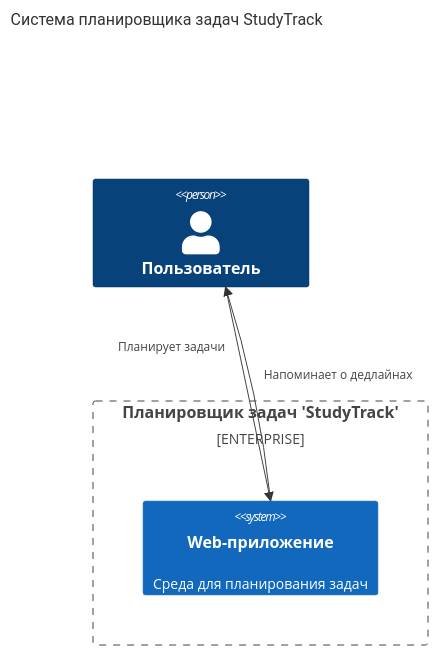
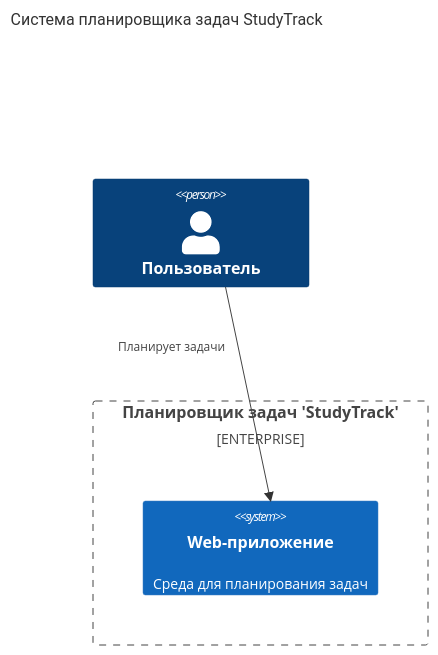
Before and after one commit to hse-perm-sandbox/study-track-docs: the diagram in c4/context.md, drawn with Mermaid. The commit also changed other lines of this file, not shown here.

Commit message:
Убрал упоминание уведомлений из диаграммы контекста

````diff
--- a/c4/context.md
+++ b/c4/context.md
@@ -4,16 +4,14 @@
 ```mermaid
 C4Context
     title Система планировщика задач StudyTrack
 
     Enterprise_Boundary(ST, "Планировщик задач 'StudyTrack'") {
         System(app, "Web-приложение", "Среда для планирования задач")
     }
 
     Person(client, "Пользователь")
 
     Rel(client, app, "Планирует задачи")
     UpdateRelStyle(client, app, $offsetX="-130", $offsetY="-50")
-    Rel(app, client, "Напоминает о дедлайнах")
-    UpdateRelStyle(app, client, $offsetY="-22", $offsetX="15")
 
 ```
````
